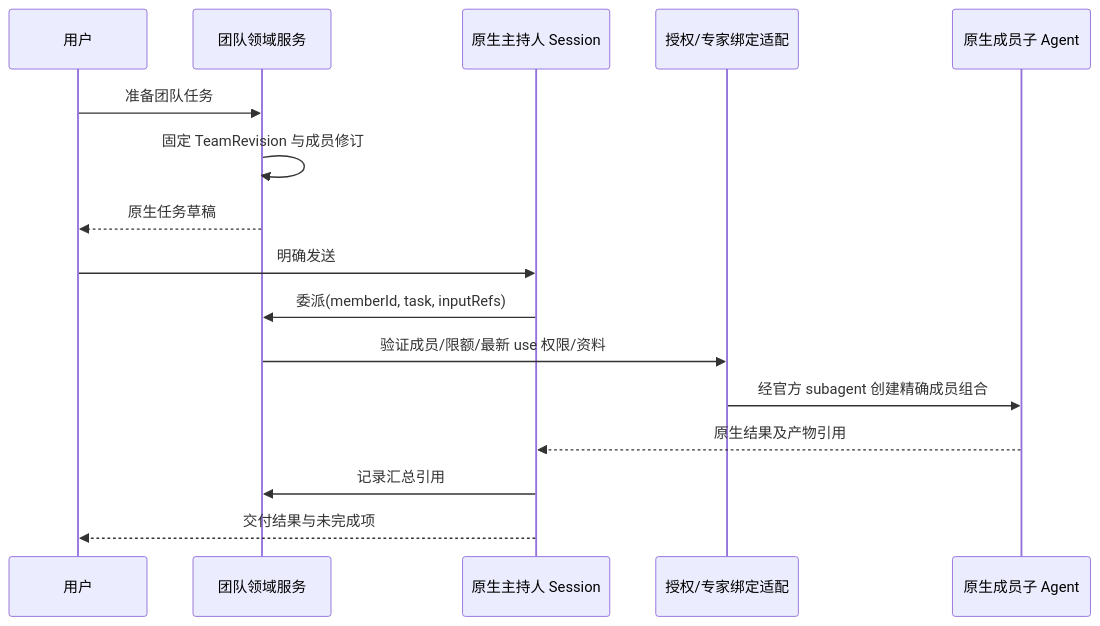
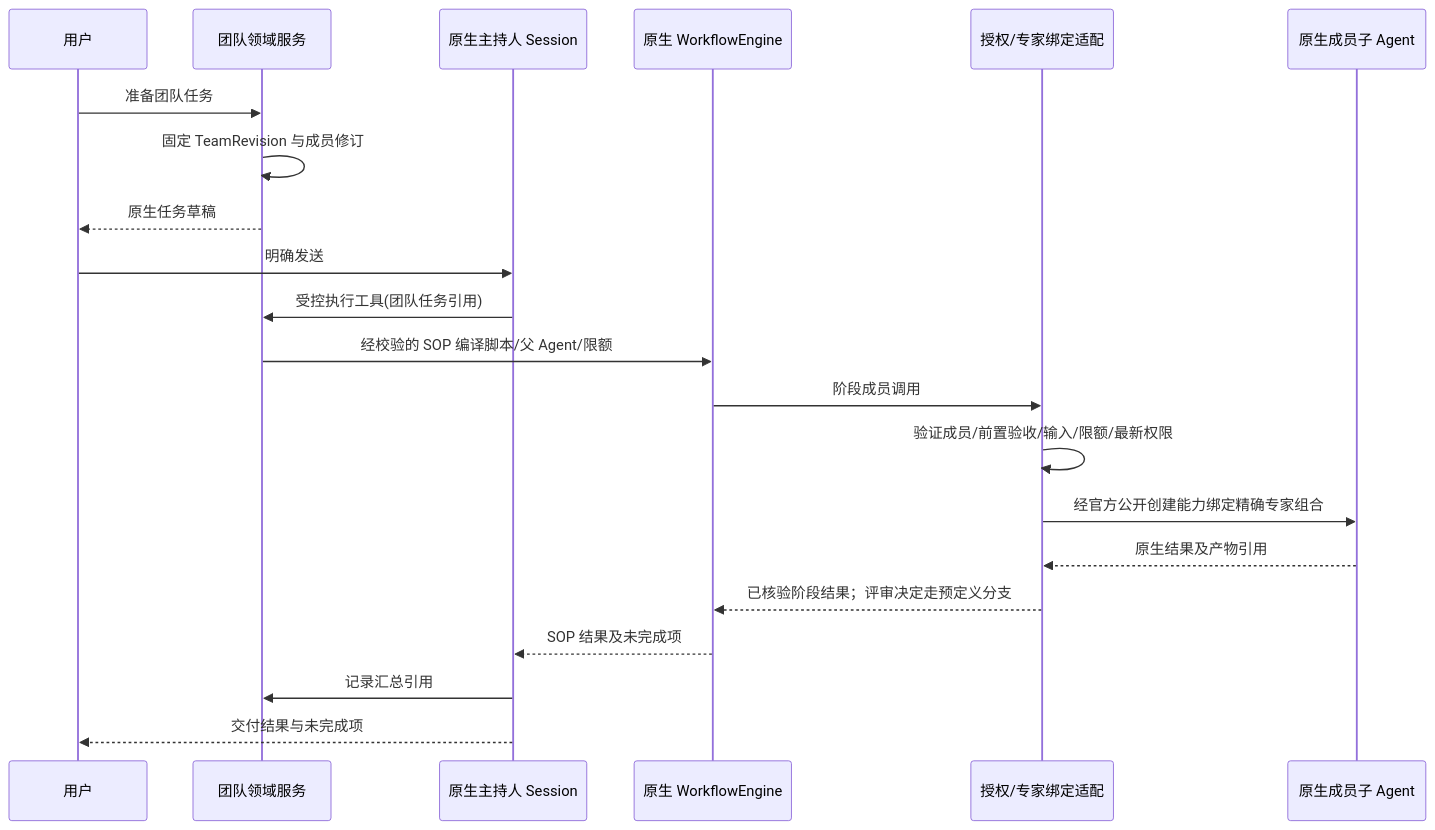
The first of 2 diagrams in docs/design/experts/EXPERT-TEAMS.md (hkluoji-lab/workdsh), drawn with Mermaid before and after one commit. The commit also changed other lines of this file and 109 other files, not shown here.

````diff
--- a/docs/design/experts/EXPERT-TEAMS.md
+++ b/docs/design/experts/EXPERT-TEAMS.md
@@ -34,18 +37,23 @@
 ```mermaid
 sequenceDiagram
   participant U as 用户
   participant E as 团队领域服务
   participant L as 原生主持人 Session
+  participant W as 原生 WorkflowEngine
   participant A as 授权/专家绑定适配
   participant C as 原生成员子 Agent
   U->>E: 准备团队任务
   E->>E: 固定 TeamRevision 与成员修订
   E-->>U: 原生任务草稿
   U->>L: 明确发送
-  L->>E: 委派(memberId, task, inputRefs)
-  E->>A: 验证成员/限额/最新 use 权限/资料
-  A->>C: 经官方 subagent 创建精确成员组合
-  C-->>L: 原生结果及产物引用
+  L->>E: 受控执行工具(团队任务引用)
+  E->>W: 经校验的 SOP 编译脚本/父 Agent/限额
+  W->>A: 阶段成员调用
+  A->>A: 验证成员/前置验收/输入/限额/最新权限
+  A->>C: 经官方公开创建能力绑定精确专家组合
+  C-->>A: 原生结果及产物引用
+  A-->>W: 已核验阶段结果；评审决定走预定义分支
+  W-->>L: SOP 结果及未完成项
   L->>E: 记录汇总引用
   L-->>U: 交付结果与未完成项
 ```
````
